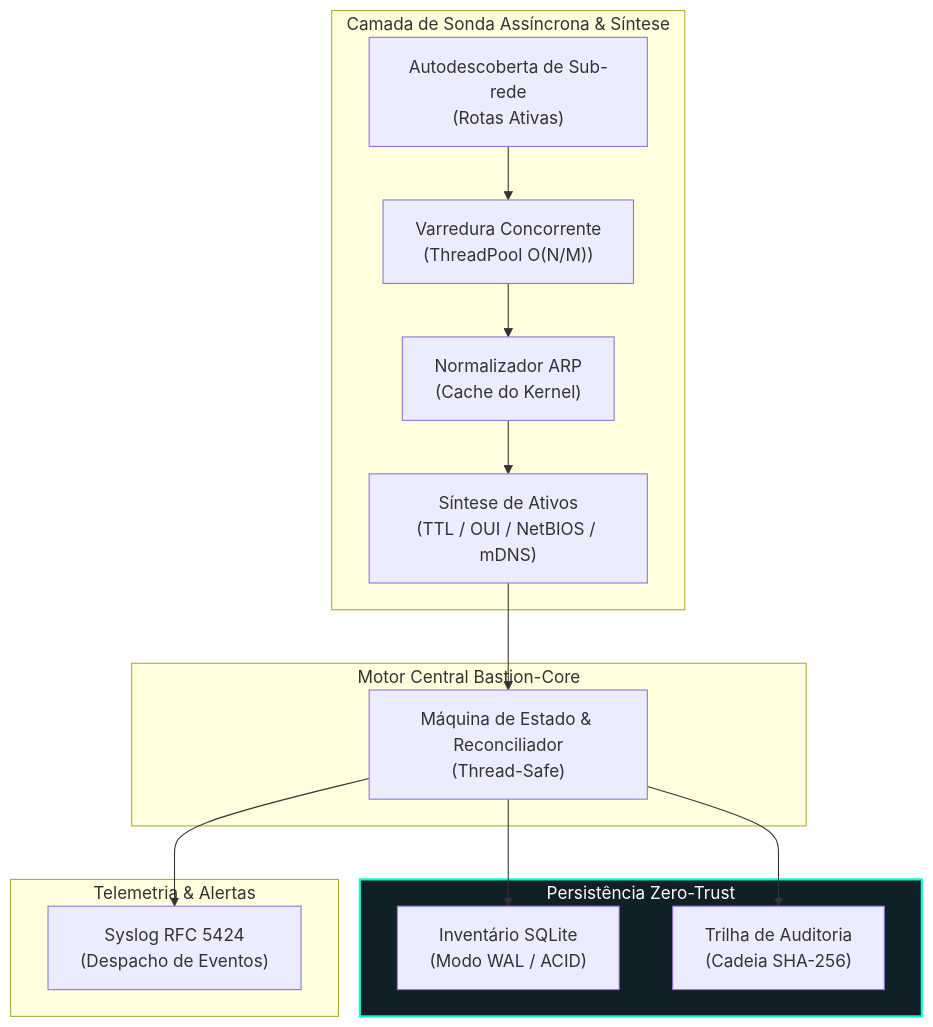
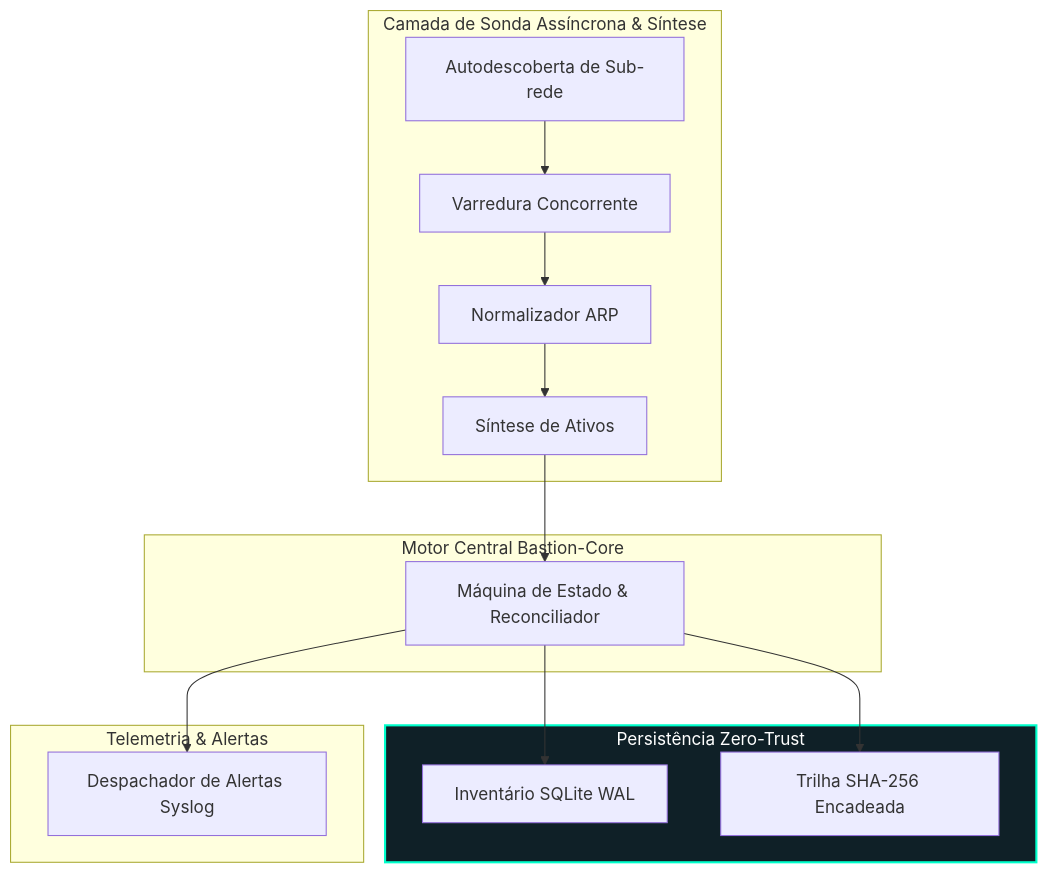
One commit to welzim19-star/bastion-core changed the diagram in README.pt-BR.md. Above: the diagram before and after it, drawn with Mermaid. The commit also changed 1 other file, not shown here.

Commit message:
fix(diagram): simplify Mermaid node labels to prevent box overflow and text clipping

````diff
--- a/README.pt-BR.md
+++ b/README.pt-BR.md
@@ -25,34 +25,34 @@
 ```mermaid
 flowchart TD
     subgraph PROBE_LAYER["Camada de Sonda Assíncrona & Síntese"]
-        AutoNIC["Autodescoberta de Sub-rede<br/>(Rotas Ativas)"]
-        BatchProbe["Varredura Concorrente<br/>(ThreadPool O(N/M))"]
-        ARP["Normalizador ARP<br/>(Cache do Kernel)"]
-        Intel["Síntese de Ativos<br/>(TTL / OUI / NetBIOS / mDNS)"]
+        AutoNIC["Autodescoberta de Sub-rede"]
+        BatchProbe["Varredura Concorrente"]
+        ARP["Normalizador ARP"]
+        Intel["Síntese de Ativos"]
         
         AutoNIC --> BatchProbe
         BatchProbe --> ARP
         ARP --> Intel
     end
 
     subgraph ENGINE_CORE["Motor Central Bastion-Core"]
-        Engine["Máquina de Estado & Reconciliador<br/>(Thread-Safe)"]
+        Engine["Máquina de Estado & Reconciliador"]
         Intel --> Engine
     end
 
     subgraph STORAGE_LEDGER["Persistência Zero-Trust"]
-        WAL["Inventário SQLite<br/>(Modo WAL / ACID)"]
-        Ledger["Trilha de Auditoria<br/>(Cadeia SHA-256)"]
+        WAL["Inventário SQLite WAL"]
+        Ledger["Trilha SHA-256 Encadeada"]
         
         Engine --> WAL
         Engine --> Ledger
     end
 
     subgraph SINKS["Telemetria & Alertas"]
-        Syslog["Syslog RFC 5424<br/>(Despacho de Eventos)"]
+        Syslog["Despachador de Alertas Syslog"]
         Engine --> Syslog
     end
 
     classDef secure fill:#0f2027,stroke:#00ffcc,stroke-width:2px,color:#fff;
     class STORAGE_LEDGER secure;
 ```
````
